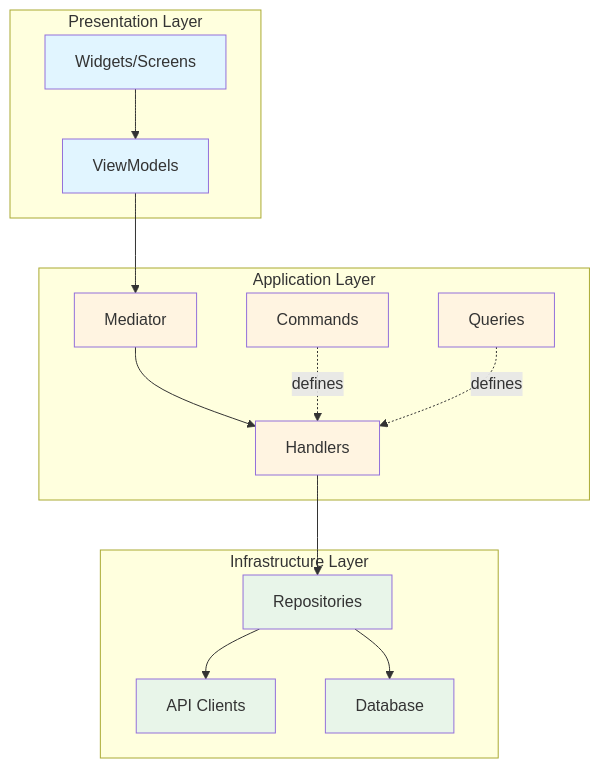
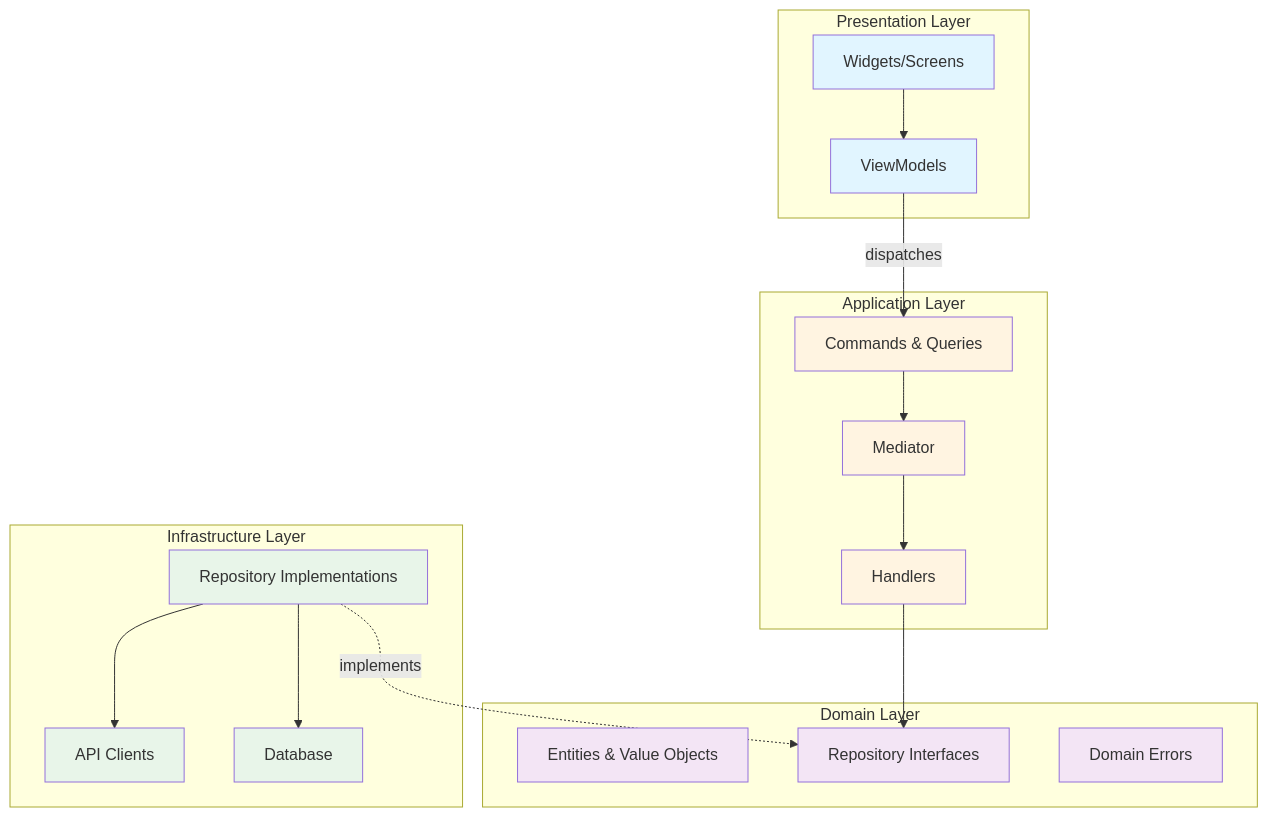
One commit to pierremrtn/chassis changed the first of 2 diagrams in docs/01_core_architecture.md. Above: the diagram before and after it, drawn with Mermaid. The commit also changed other lines of this file and 13 other files, not shown here.

````diff
--- a/docs/01_core_architecture.md
+++ b/docs/01_core_architecture.md
@@ -13,40 +18,46 @@
 ```mermaid
 graph TB
     subgraph "Presentation Layer"
         UI[Widgets/Screens]
         VM[ViewModels]
     end
 
     subgraph "Application Layer"
-        CMD[Commands]
-        QRY[Queries]
+        MSG[Commands & Queries]
         HDL[Handlers]
         MED[Mediator]
     end
 
+    subgraph "Domain Layer"
+        ENT[Entities & Value Objects]
+        RI[Repository Interfaces]
+        ERR[Domain Errors]
+    end
+
     subgraph "Infrastructure Layer"
-        REPO[Repositories]
+        REPO[Repository Implementations]
         API[API Clients]
         DB[Database]
     end
 
     UI --> VM
-    VM --> MED
+    VM -->|dispatches| MSG
+    MSG --> MED
     MED --> HDL
-    HDL --> REPO
+    HDL --> RI
+    REPO -.implements.-> RI
     REPO --> API
     REPO --> DB
 
-    CMD -.defines.-> HDL
-    QRY -.defines.-> HDL
-
     style UI fill:#e1f5ff
     style VM fill:#e1f5ff
-    style CMD fill:#fff4e1
-    style QRY fill:#fff4e1
+    style MSG fill:#fff4e1
     style HDL fill:#fff4e1
     style MED fill:#fff4e1
+    style ENT fill:#f3e5f5
+    style RI fill:#f3e5f5
+    style ERR fill:#f3e5f5
     style REPO fill:#e8f5e9
     style API fill:#e8f5e9
     style DB fill:#e8f5e9
 ```
````
